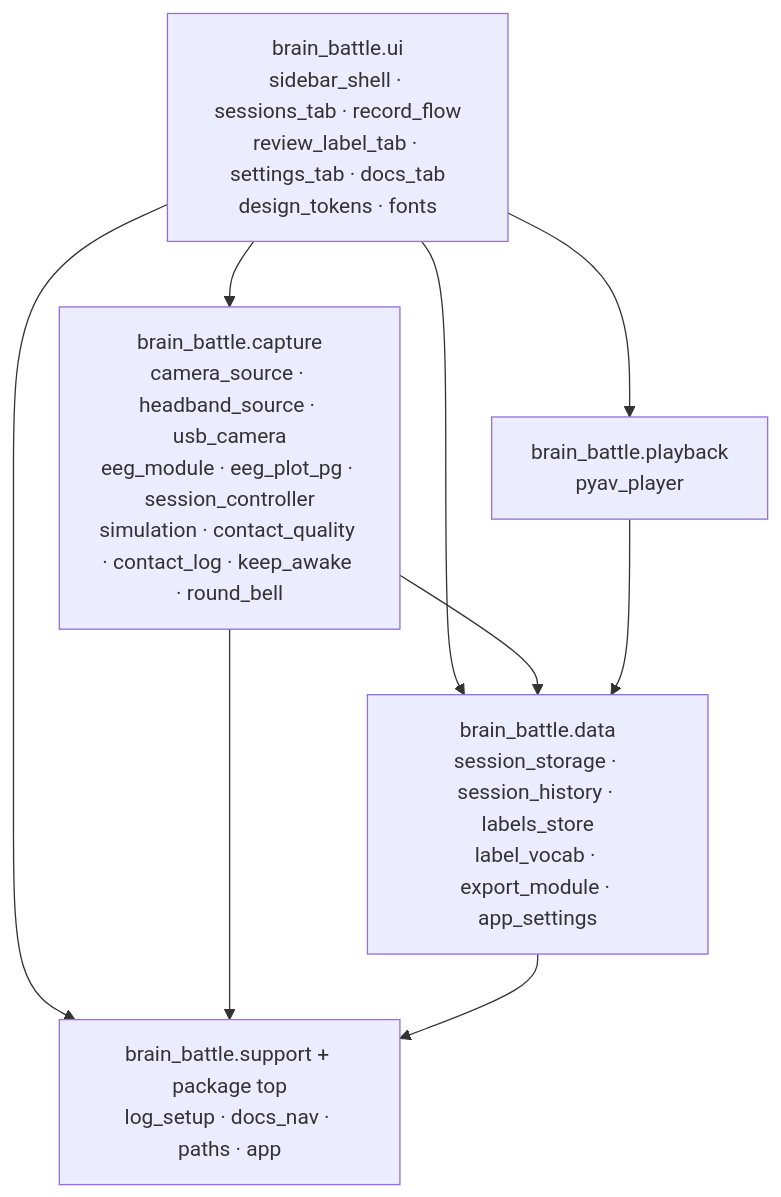
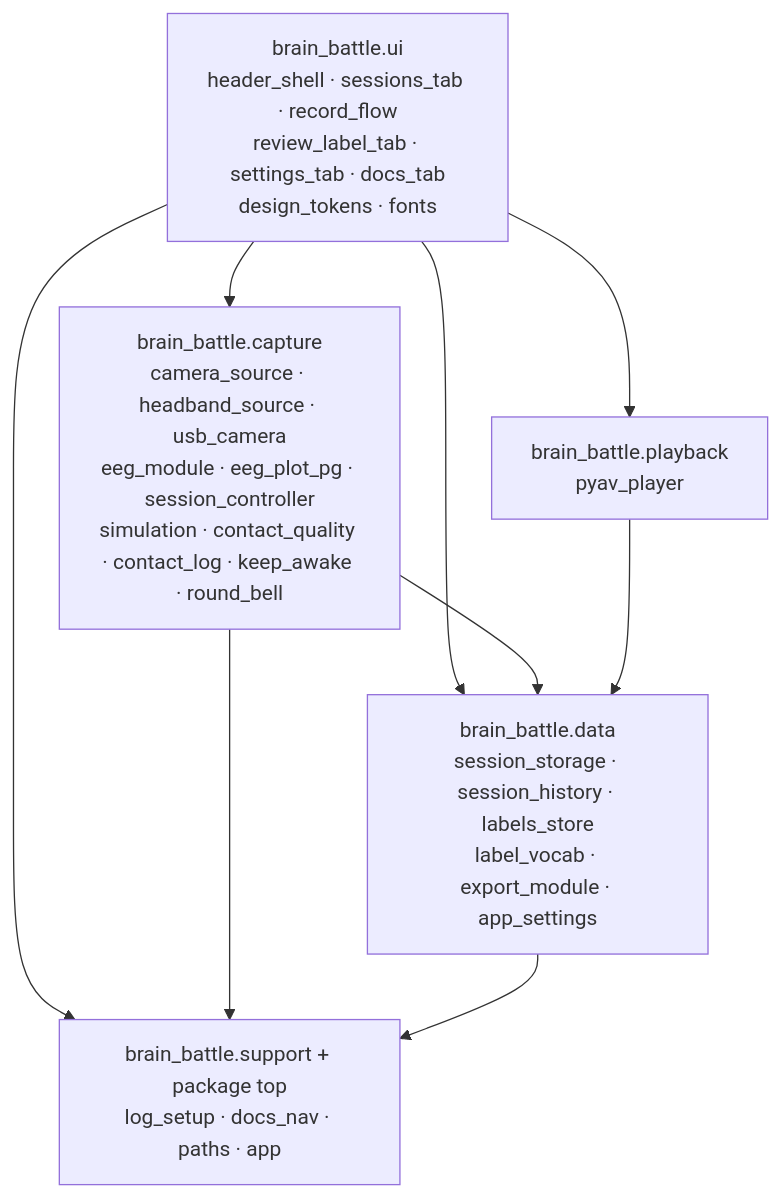
Before and after one commit to mohammadabdullahkhurram/Brain-Battle-Phase-3: the diagram in docs/diagrams/component.mmd, drawn with Mermaid. The commit also changed 57 other files, not shown here.

First line of the commit message:
Design F: top header, new Sessions / New recording / Review / Settings screens, docs

```diff
--- a/docs/diagrams/component.mmd
+++ b/docs/diagrams/component.mmd
@@ -1,16 +1,16 @@
 %%{init: {'themeVariables': {'fontSize': '16px'}}}%%
 flowchart TB
-    UIG["brain_battle.ui<br/>sidebar_shell · sessions_tab · record_flow<br/>review_label_tab · settings_tab · docs_tab<br/>design_tokens · fonts"]
+    UIG["brain_battle.ui<br/>header_shell · sessions_tab · record_flow<br/>review_label_tab · settings_tab · docs_tab<br/>design_tokens · fonts"]
     CAP["brain_battle.capture<br/>camera_source · headband_source · usb_camera<br/>eeg_module · eeg_plot_pg · session_controller<br/>simulation · contact_quality · contact_log · keep_awake · round_bell"]
     PLY["brain_battle.playback<br/>pyav_player"]
     DATA["brain_battle.data<br/>session_storage · session_history · labels_store<br/>label_vocab · export_module · app_settings"]
     SUP["brain_battle.support + package top<br/>log_setup · docs_nav · paths · app"]
 
     UIG --> CAP
     UIG --> PLY
     UIG --> DATA
     CAP --> DATA
     PLY --> DATA
     UIG --> SUP
     CAP --> SUP
     DATA --> SUP
```
